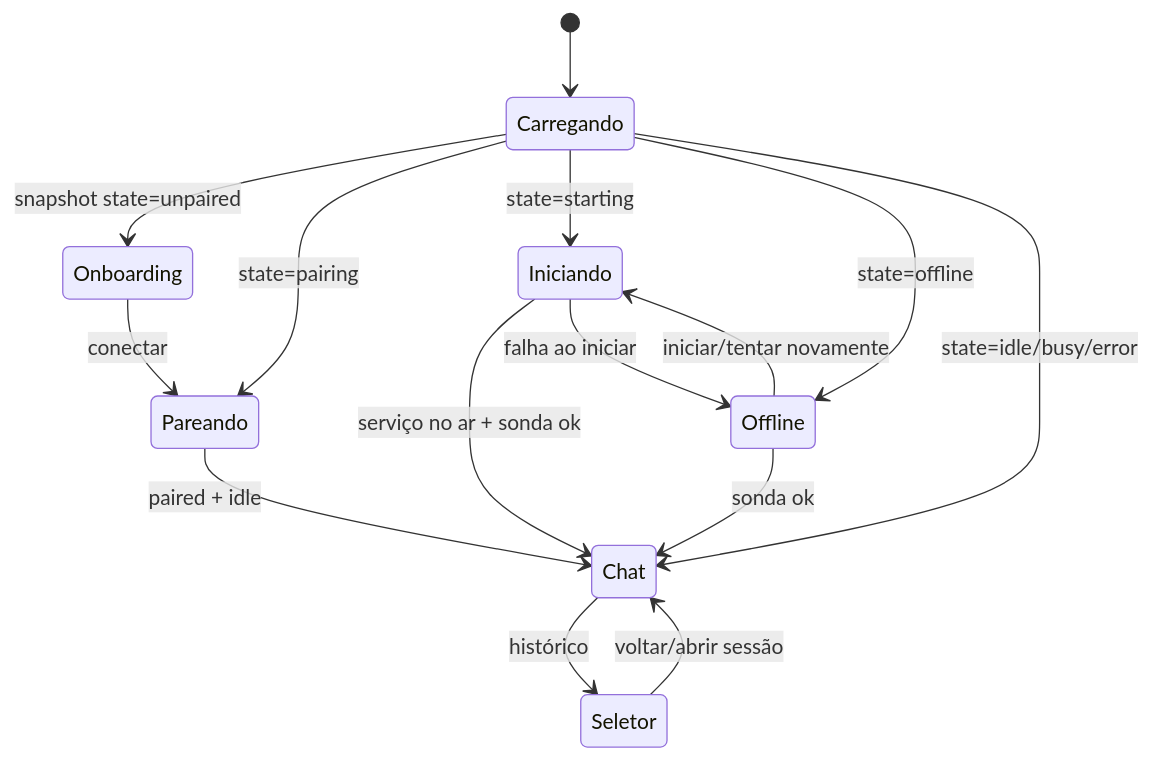
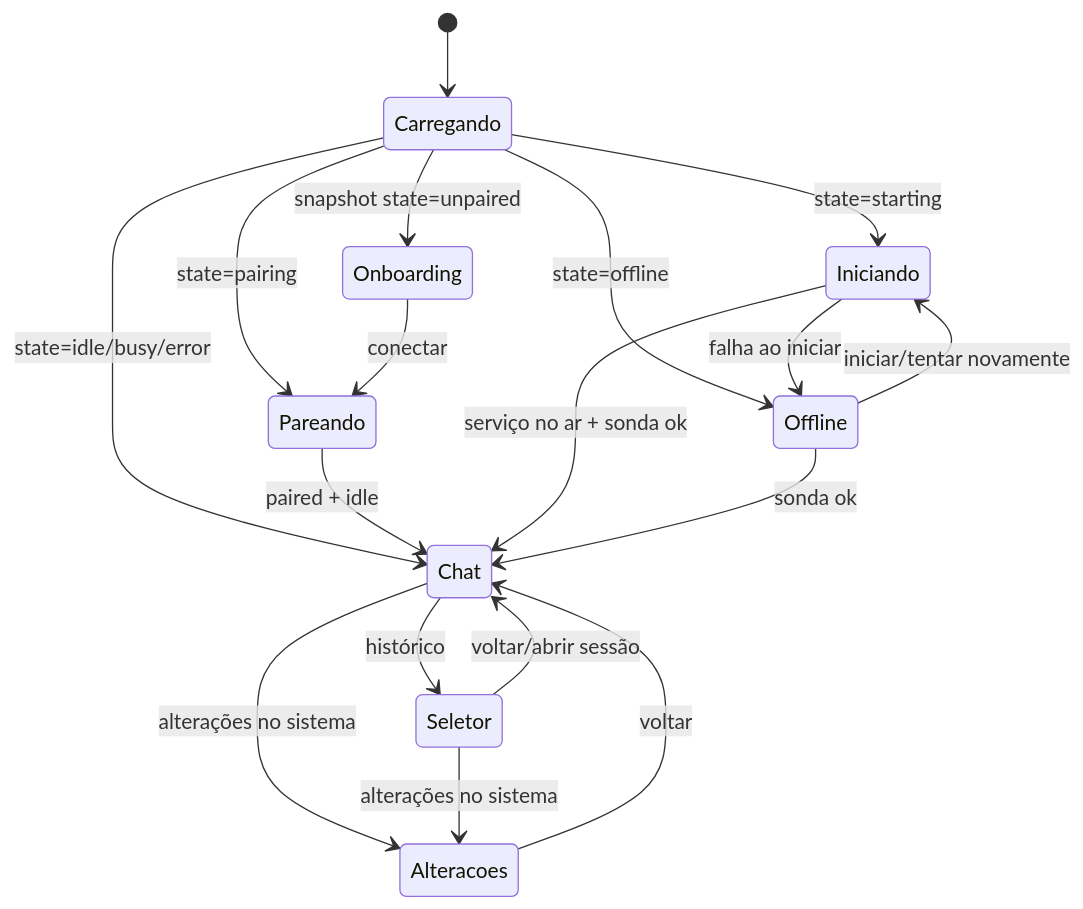
One commit to marcos2872/msbos-ai-chat changed the diagram in docs/interface.md. Above: the diagram before and after it, drawn with Mermaid. The commit also changed other lines of this file and 4 other files, not shown here.

First line of the commit message:
feat(panel): historico de alteracoes do sistema com desfazer

````diff
--- a/docs/interface.md
+++ b/docs/interface.md
@@ -30,17 +30,20 @@
 ```mermaid
 stateDiagram-v2
     [*] --> Carregando
     Carregando --> Onboarding: snapshot state=unpaired
     Carregando --> Pareando: state=pairing
     Carregando --> Iniciando: state=starting
     Carregando --> Offline: state=offline
     Carregando --> Chat: state=idle/busy/error
     Onboarding --> Pareando: conectar
     Pareando --> Chat: paired + idle
     Iniciando --> Chat: serviço no ar + sonda ok
     Iniciando --> Offline: falha ao iniciar
     Offline --> Iniciando: iniciar/tentar novamente
     Offline --> Chat: sonda ok
     Chat --> Seletor: histórico
     Seletor --> Chat: voltar/abrir sessão
+    Chat --> Alteracoes: alterações no sistema
+    Seletor --> Alteracoes: alterações no sistema
+    Alteracoes --> Chat: voltar
 ```
````
